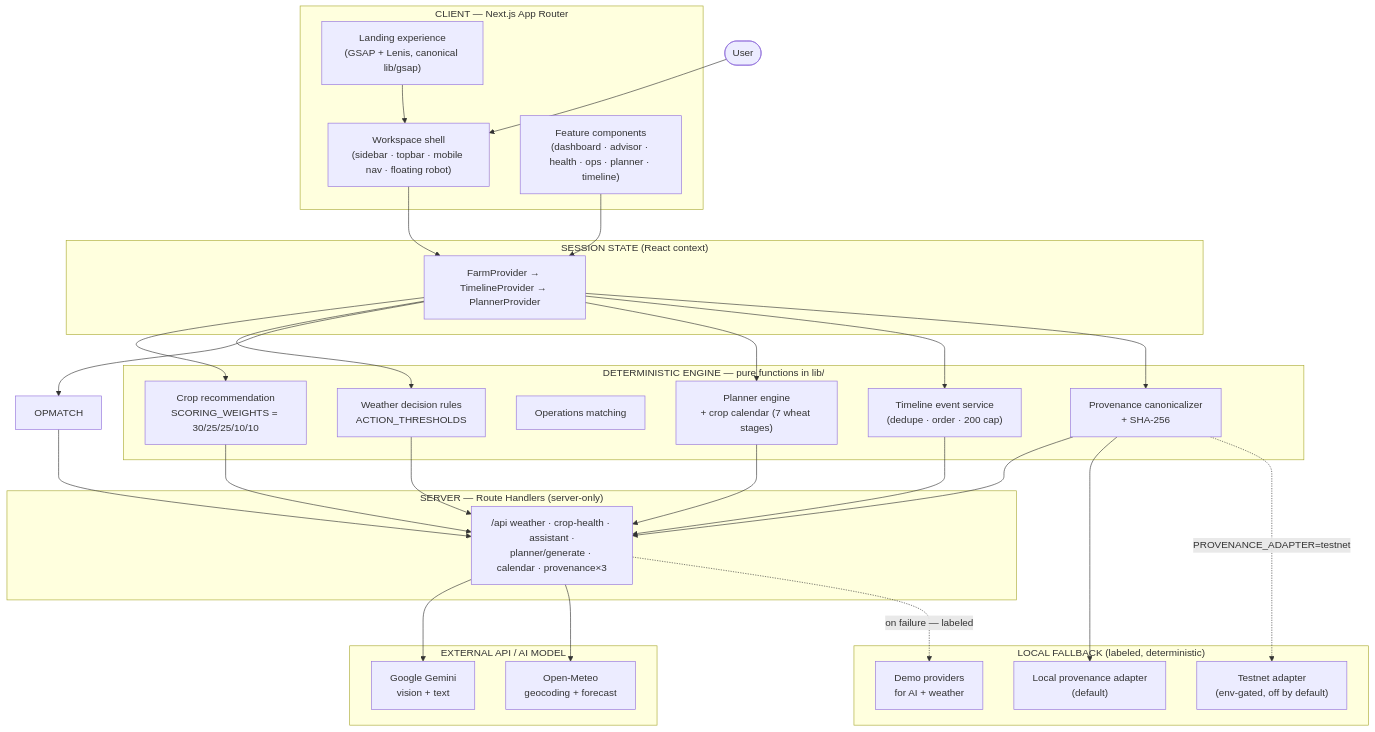
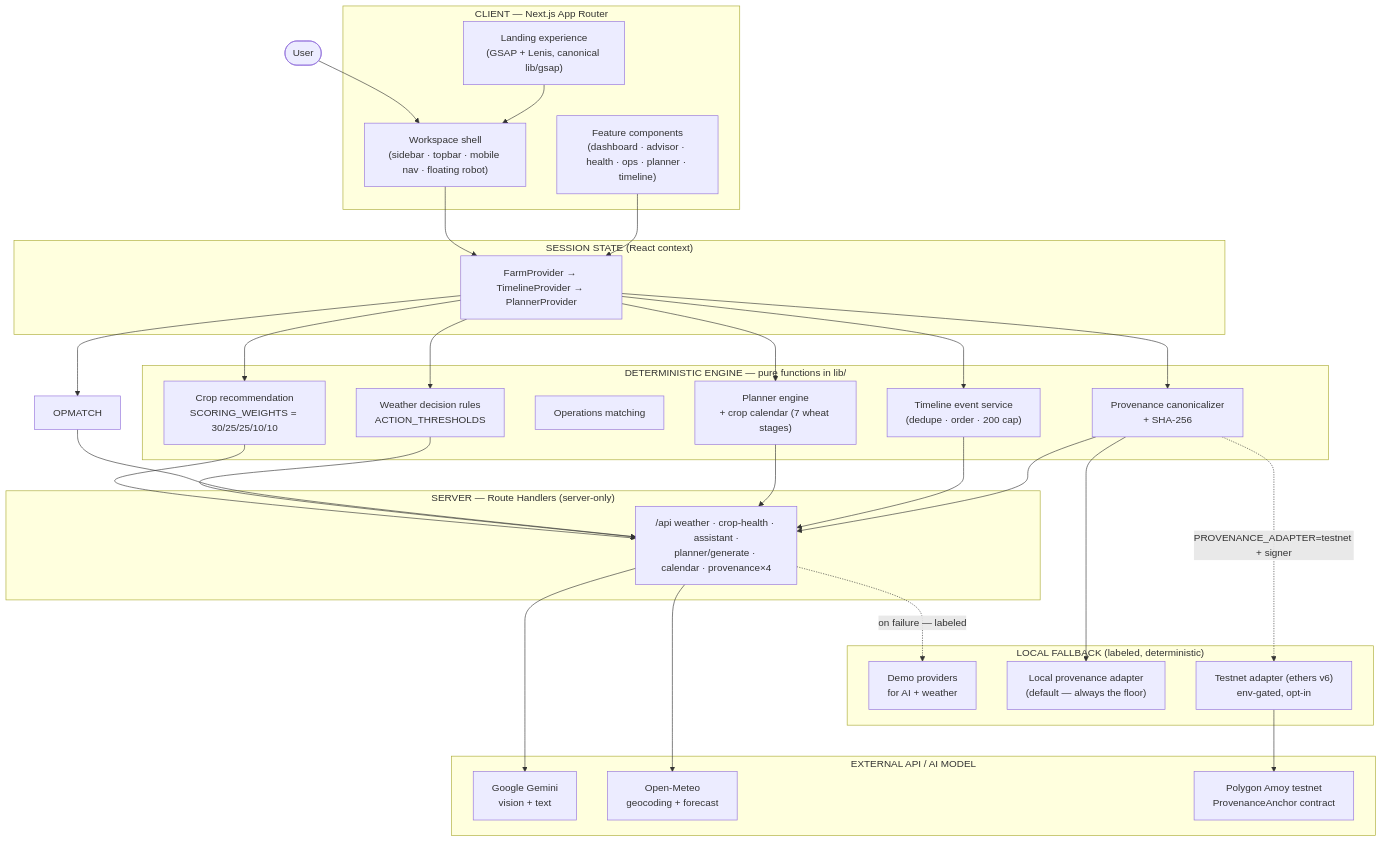
One commit to Tony-chauhan/agrisaarthi-360 changed the third of 11 diagrams in README.md. Above: the diagram before and after it, drawn with Mermaid. The commit also changed other lines of this file, not shown here.

Commit message:
docs: document blockchain provenance contract, verification flow, and audit updates

````diff
--- a/README.md
+++ b/README.md
@@ -107,49 +108,51 @@
 ```mermaid
 flowchart TB
     USER(["User"]) --> SHELL
 
     subgraph CLIENT["CLIENT — Next.js App Router"]
         SHELL["Workspace shell<br/>(sidebar · topbar · mobile nav · floating robot)"]
         LANDING["Landing experience<br/>(GSAP + Lenis, canonical lib/gsap)"]
         UI["Feature components<br/>(dashboard · advisor · health · ops · planner · timeline)"]
     end
 
     subgraph STATE["SESSION STATE (React context)"]
         PROVIDERS["FarmProvider → TimelineProvider → PlannerProvider"]
     end
 
     subgraph ENGINES["DETERMINISTIC ENGINE — pure functions in lib/"]
         CROP["Crop recommendation<br/>SCORING_WEIGHTS = 30/25/25/10/10"]
         WXRULES["Weather decision rules<br/>ACTION_THRESHOLDS"]
         OPSMATCH["Operations matching"]
         PLANNERENG["Planner engine<br/>+ crop calendar (7 wheat stages)"]
         TLSVC["Timeline event service<br/>(dedupe · order · 200 cap)"]
         CANON["Provenance canonicalizer<br/>+ SHA-256"]
     end
 
     subgraph SERVER["SERVER — Route Handlers (server-only)"]
-        API["/api weather · crop-health · assistant ·<br/>planner/generate · calendar · provenance×3"]
+        API["/api weather · crop-health · assistant ·<br/>planner/generate · calendar · provenance×4"]
     end
 
     subgraph EXTERNAL["EXTERNAL API / AI MODEL"]
         GEMINI["Google Gemini<br/>vision + text"]
         METEO["Open-Meteo<br/>geocoding + forecast"]
+        CHAIN["Polygon Amoy testnet<br/>ProvenanceAnchor contract"]
     end
 
     subgraph FALLBACK["LOCAL FALLBACK (labeled, deterministic)"]
         DEMO["Demo providers<br/>for AI + weather"]
-        LOCAL["Local provenance adapter<br/>(default)"]
-        TESTNET["Testnet adapter<br/>(env-gated, off by default)"]
+        LOCAL["Local provenance adapter<br/>(default — always the floor)"]
+        TESTNET["Testnet adapter (ethers v6)<br/>env-gated, opt-in"]
     end
 
     SHELL --> PROVIDERS
     LANDING --> SHELL
     UI --> PROVIDERS
     PROVIDERS --> CROP & WXRULES & OPMATCH & PLANNERENG & TLSVC
     PROVIDERS --> CANON
     CROP & WXRULES & OPMATCH & PLANNERENG & TLSVC & CANON --> API
     API --> GEMINI & METEO
     API -. "on failure — labeled" .-> DEMO
     CANON --> LOCAL
-    CANON -. "PROVENANCE_ADAPTER=testnet" .-> TESTNET
+    CANON -. "PROVENANCE_ADAPTER=testnet + signer" .-> TESTNET
+    TESTNET --> CHAIN
 ```
````
